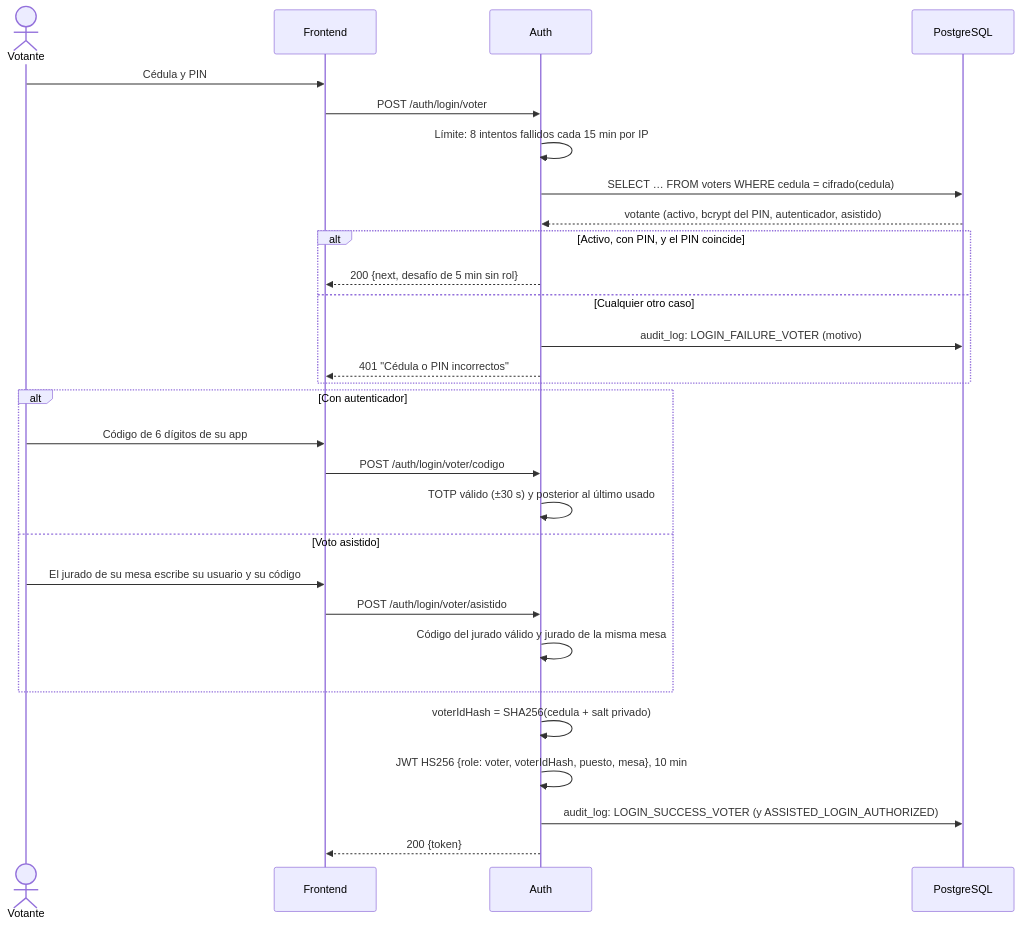
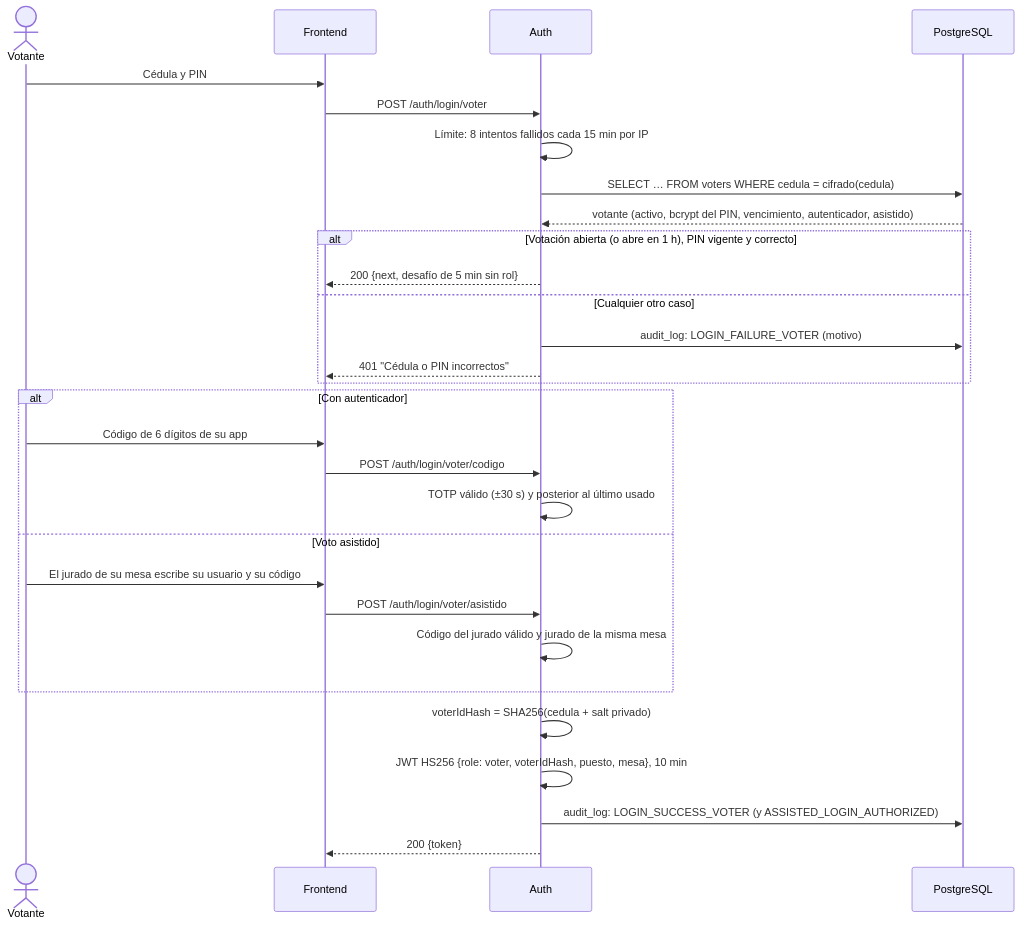
One commit to NicolasPineda1421/LiveMetric changed the third of 8 diagrams in docs/informe-tecnico.md. Above: the diagram before and after it, drawn with Mermaid. The commit also changed other lines of this file and 30 other files, not shown here.

First line of the commit message:
El PIN del votante vence, y solo sirve durante la votacion

````diff
--- a/docs/informe-tecnico.md
+++ b/docs/informe-tecnico.md
@@ -185,32 +185,32 @@
 ```mermaid
 sequenceDiagram
     actor Votante
     participant FE as Frontend
     participant AUTH as Auth
     participant DB as PostgreSQL
 
     Votante->>FE: Cédula y PIN
     FE->>AUTH: POST /auth/login/voter
     AUTH->>AUTH: Límite: 8 intentos fallidos cada 15 min por IP
     AUTH->>DB: SELECT … FROM voters WHERE cedula = cifrado(cedula)
-    DB-->>AUTH: votante (activo, bcrypt del PIN, autenticador, asistido)
-    alt Activo, con PIN, y el PIN coincide
+    DB-->>AUTH: votante (activo, bcrypt del PIN, vencimiento, autenticador, asistido)
+    alt Votación abierta (o abre en 1 h), PIN vigente y correcto
         AUTH-->>FE: 200 {next, desafío de 5 min sin rol}
     else Cualquier otro caso
         AUTH->>DB: audit_log: LOGIN_FAILURE_VOTER (motivo)
         AUTH-->>FE: 401 "Cédula o PIN incorrectos"
     end
     alt Con autenticador
         Votante->>FE: Código de 6 dígitos de su app
         FE->>AUTH: POST /auth/login/voter/codigo
         AUTH->>AUTH: TOTP válido (±30 s) y posterior al último usado
     else Voto asistido
         Votante->>FE: El jurado de su mesa escribe su usuario y su código
         FE->>AUTH: POST /auth/login/voter/asistido
         AUTH->>AUTH: Código del jurado válido y jurado de la misma mesa
     end
     AUTH->>AUTH: voterIdHash = SHA256(cedula + salt privado)
     AUTH->>AUTH: JWT HS256 {role: voter, voterIdHash, puesto, mesa}, 10 min
     AUTH->>DB: audit_log: LOGIN_SUCCESS_VOTER (y ASSISTED_LOGIN_AUTHORIZED)
     AUTH-->>FE: 200 {token}
 ```
````
